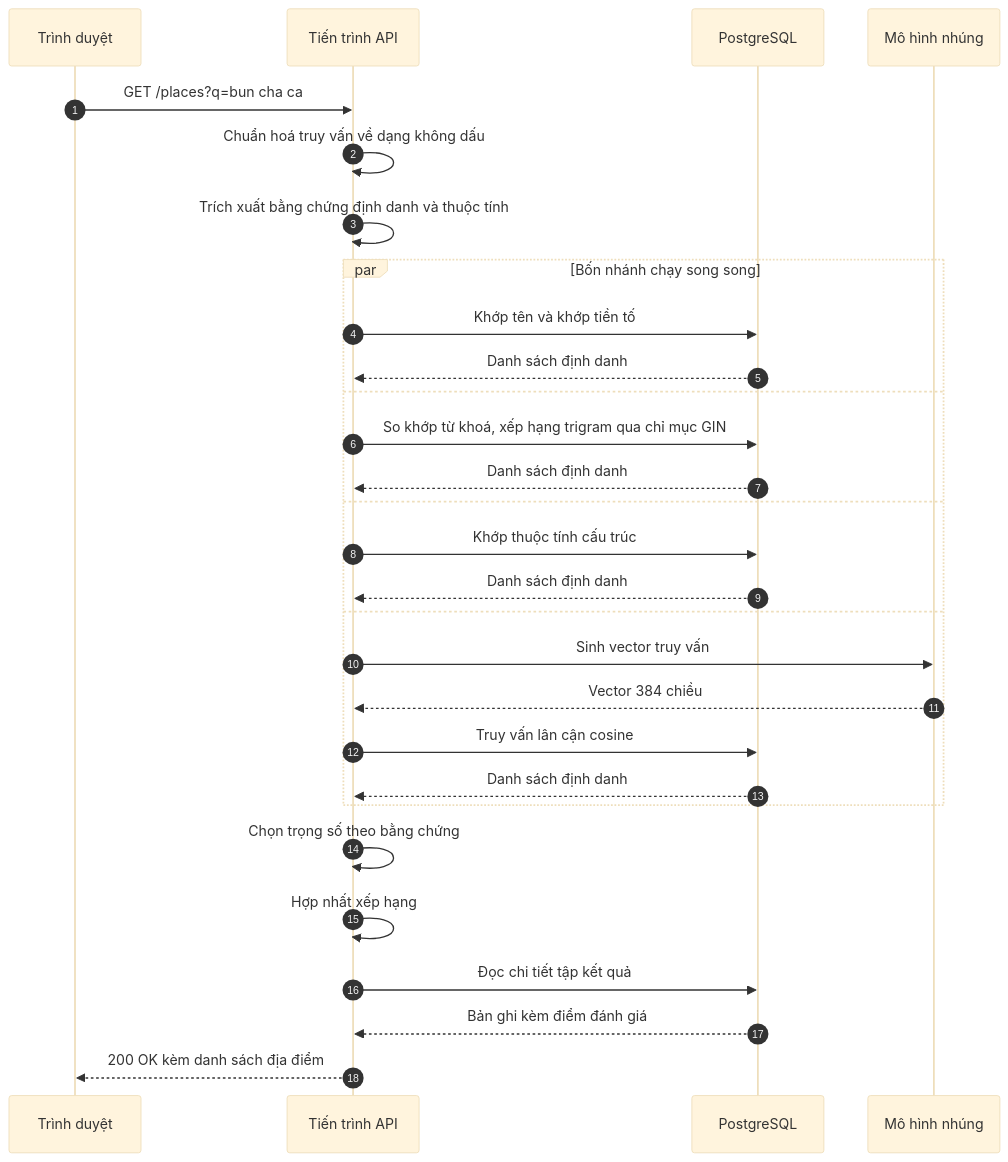
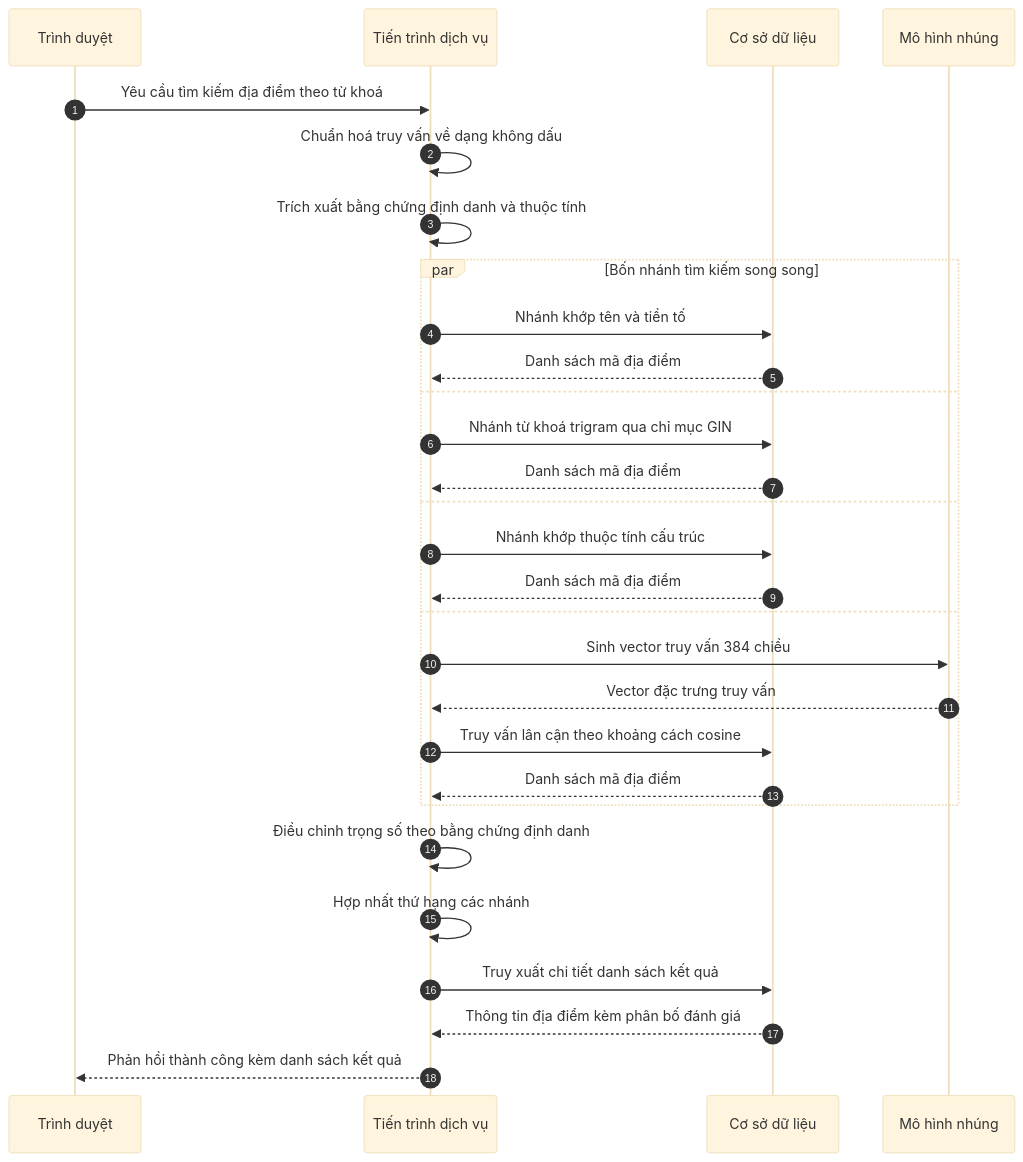
Before and after one commit to longqt321/Rendez-PBL6: the fourth of 24 diagrams in docs/bao-cao/BAO-CAO-DO-AN.md, drawn with Mermaid (base theme). The commit also changed other lines of this file and 71 other files, not shown here.

Commit message:
feat(schema,backend): complete UX API features, role isolation, and submissions

````diff
--- a/docs/bao-cao/BAO-CAO-DO-AN.md
+++ b/docs/bao-cao/BAO-CAO-DO-AN.md
@@ -686,32 +776,32 @@
 ```mermaid
 sequenceDiagram
     autonumber
-    participant B as Trình duyệt
-    participant A as Tiến trình API
-    participant D as PostgreSQL
-    participant V as Mô hình nhúng
+    participant TD as Trình duyệt
+    participant XL as Tiến trình dịch vụ
+    participant CSDL as Cơ sở dữ liệu
+    participant MN as Mô hình nhúng
 
-    B->>A: GET /places?q=bun cha ca
-    A->>A: Chuẩn hoá truy vấn về dạng không dấu
-    A->>A: Trích xuất bằng chứng định danh và thuộc tính
-    par Bốn nhánh chạy song song
-        A->>D: Khớp tên và khớp tiền tố
-        D-->>A: Danh sách định danh
+    TD->>XL: Yêu cầu tìm kiếm địa điểm theo từ khoá
+    XL->>XL: Chuẩn hoá truy vấn về dạng không dấu
+    XL->>XL: Trích xuất bằng chứng định danh và thuộc tính
+    par Bốn nhánh tìm kiếm song song
+        XL->>CSDL: Nhánh khớp tên và tiền tố
+        CSDL-->>XL: Danh sách mã địa điểm
     and
-        A->>D: So khớp từ khoá, xếp hạng trigram qua chỉ mục GIN
-        D-->>A: Danh sách định danh
+        XL->>CSDL: Nhánh từ khoá trigram qua chỉ mục GIN
+        CSDL-->>XL: Danh sách mã địa điểm
     and
-        A->>D: Khớp thuộc tính cấu trúc
-        D-->>A: Danh sách định danh
+        XL->>CSDL: Nhánh khớp thuộc tính cấu trúc
+        CSDL-->>XL: Danh sách mã địa điểm
     and
-        A->>V: Sinh vector truy vấn
-        V-->>A: Vector 384 chiều
-        A->>D: Truy vấn lân cận cosine
-        D-->>A: Danh sách định danh
+        XL->>MN: Sinh vector truy vấn 384 chiều
+        MN-->>XL: Vector đặc trưng truy vấn
+        XL->>CSDL: Truy vấn lân cận theo khoảng cách cosine
+        CSDL-->>XL: Danh sách mã địa điểm
     end
-    A->>A: Chọn trọng số theo bằng chứng
-    A->>A: Hợp nhất xếp hạng
-    A->>D: Đọc chi tiết tập kết quả
-    D-->>A: Bản ghi kèm điểm đánh giá
-    A-->>B: 200 OK kèm danh sách địa điểm
+    XL->>XL: Điều chỉnh trọng số theo bằng chứng định danh
+    XL->>XL: Hợp nhất thứ hạng các nhánh
+    XL->>CSDL: Truy xuất chi tiết danh sách kết quả
+    CSDL-->>XL: Thông tin địa điểm kèm phân bố đánh giá
+    XL-->>TD: Phản hồi thành công kèm danh sách kết quả
 ```
````
